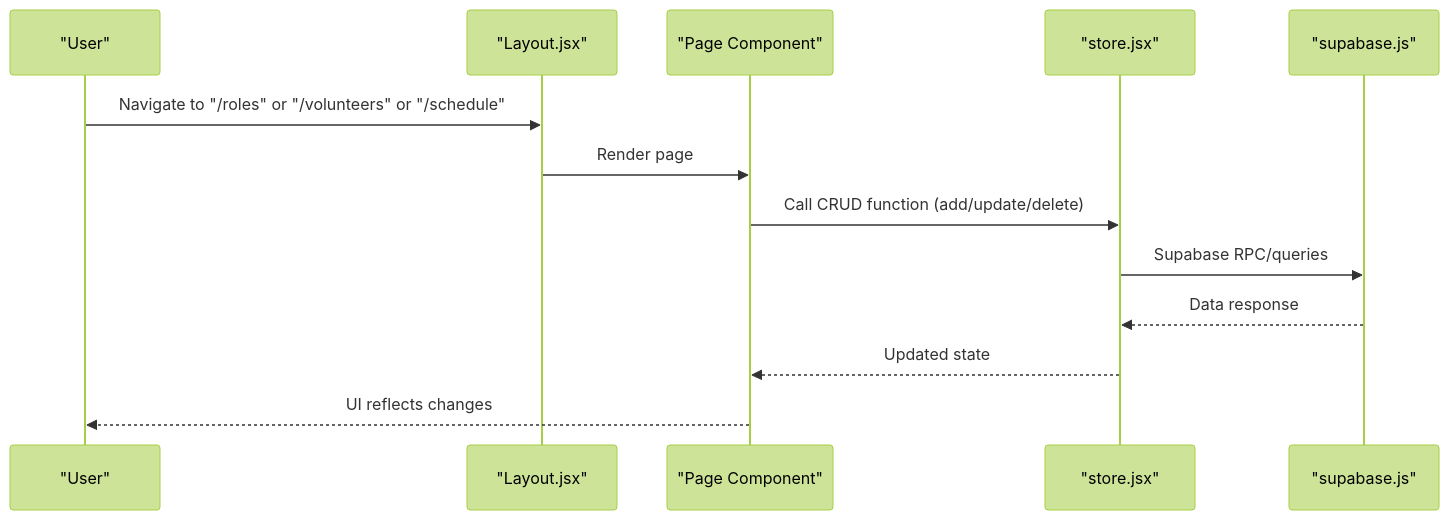
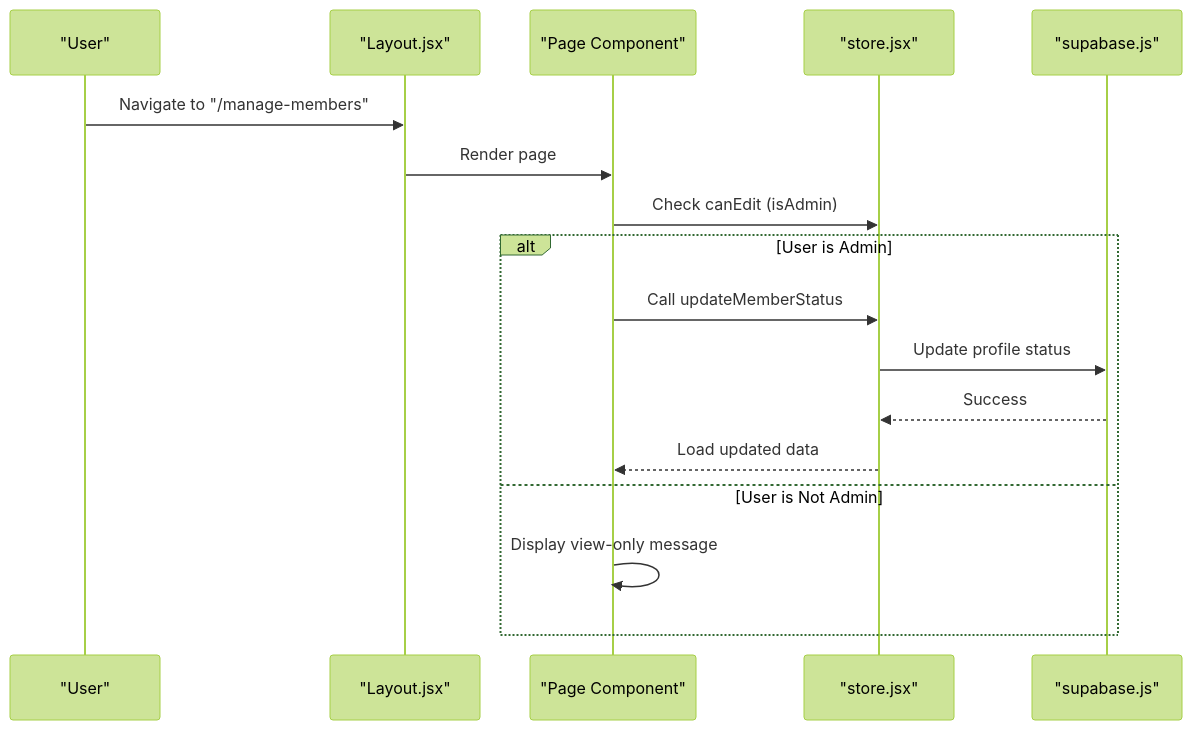
One commit to netdaniel/serveflow changed the second of 9 diagrams in .qoder/repowiki/en/content/Ministry Organization.md. Above: the diagram before and after it, drawn with Mermaid (forest theme). The commit also changed other lines of this file and 15 other files, not shown here.

````diff
--- a/.qoder/repowiki/en/content/Ministry Organization.md
+++ b/.qoder/repowiki/en/content/Ministry Organization.md
@@ -100,15 +118,19 @@
 ```mermaid
 sequenceDiagram
 participant U as "User"
 participant L as "Layout.jsx"
 participant P as "Page Component"
 participant S as "store.jsx"
 participant SB as "supabase.js"
-U->>L : Navigate to "/roles" or "/volunteers" or "/schedule"
+U->>L : Navigate to "/manage-members"
 L->>P : Render page
-P->>S : Call CRUD function (add/update/delete)
-S->>SB : Supabase RPC/queries
-SB-->>S : Data response
-S-->>P : Updated state
-P-->>U : UI reflects changes
+P->>S : Check canEdit (isAdmin)
+alt User is Admin
+P->>S : Call updateMemberStatus
+S->>SB : Update profile status
+SB-->>S : Success
+S-->>P : Load updated data
+else User is Not Admin
+P->>P : Display view-only message
+end
 ```
````
